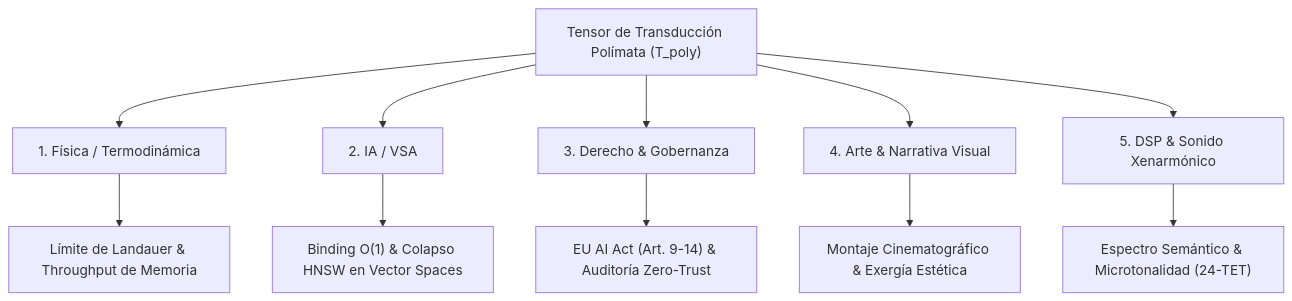
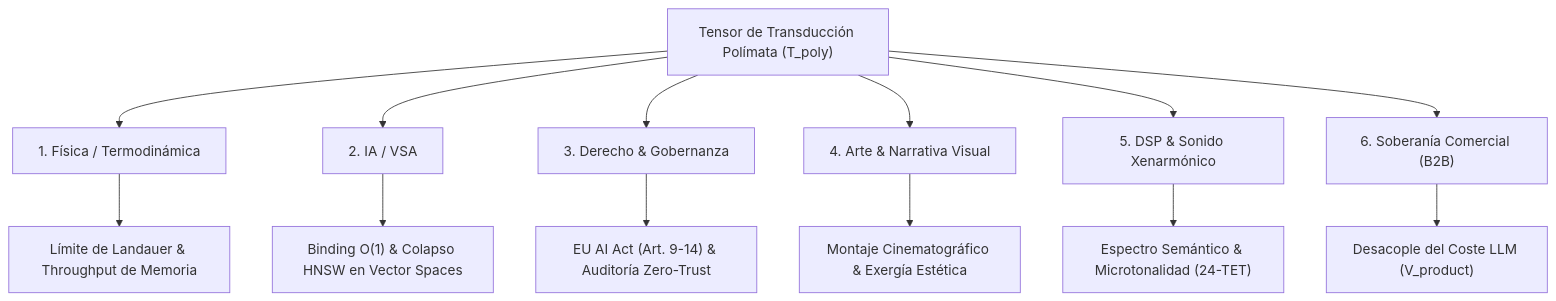
One commit to borjamoskv/BABYLON-60 changed the diagram in .agents/skills/symbiotic-cognitive-architecture/SKILL.md. Above: the diagram before and after it, drawn with Mermaid. The commit also changed other lines of this file, not shown here.

Commit message:
[AX-7] AUTOPOIESIS: Iteración simbiótica del núcleo cognitivo (Monorepo & V_product)

````diff
--- a/.agents/skills/symbiotic-cognitive-architecture/SKILL.md
+++ b/.agents/skills/symbiotic-cognitive-architecture/SKILL.md
@@ -37,15 +38,17 @@
 ```mermaid
 graph TD
     T["Tensor de Transducción Polímata (T_poly)"]
     T --> D1["1. Física / Termodinámica"]
     T --> D2["2. IA / VSA"]
     T --> D3["3. Derecho & Gobernanza"]
     T --> D4["4. Arte & Narrativa Visual"]
     T --> D5["5. DSP & Sonido Xenarmónico"]
+    T --> D6["6. Soberanía Comercial (B2B)"]
 
     D1 --> F1["Límite de Landauer & Throughput de Memoria"]
     D2 --> F2["Binding O(1) & Colapso HNSW en Vector Spaces"]
     D3 --> F3["EU AI Act (Art. 9-14) & Auditoría Zero-Trust"]
     D4 --> F4["Montaje Cinematográfico & Exergía Estética"]
     D5 --> F5["Espectro Semántico & Microtonalidad (24-TET)"]
+    D6 --> F6["Desacople del Coste LLM (V_product)"]
 ```
````
